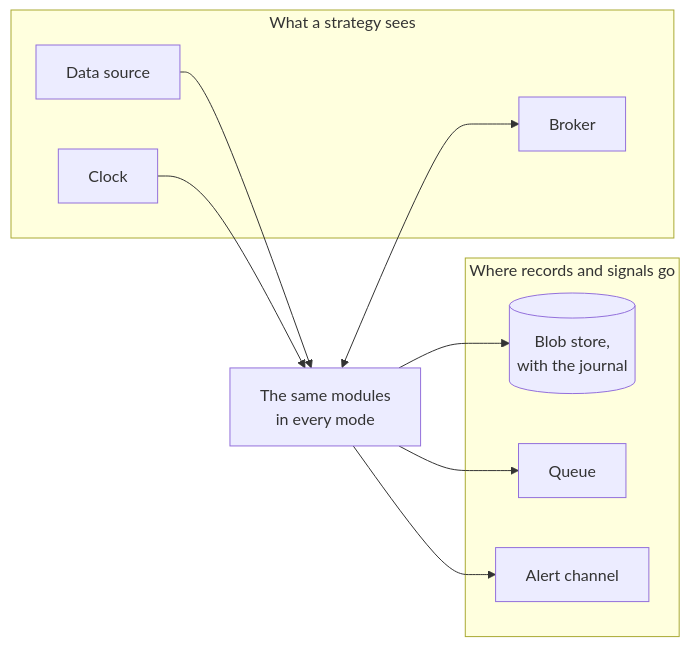
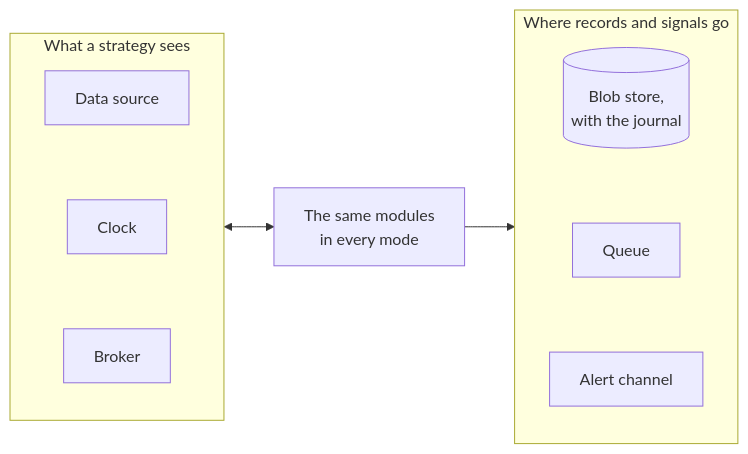
One commit to l3a0/ithildin-runtime changed the tenth of 25 diagrams in docs/architecture.md. Above: the diagram before and after it, drawn with Mermaid.

Commit message:
docs: keep the adapters diagram in the order of its lists

````diff
--- a/docs/architecture.md
+++ b/docs/architecture.md
@@ -585,20 +585,14 @@
 ```mermaid
 flowchart LR
     subgraph sees["What a strategy sees"]
-        data["Data source"]
-        clock["Clock"]
-        broker["Broker"]
+        direction TB
+        data["Data source"] ~~~ clock["Clock"] ~~~ broker["Broker"]
     end
     modules["The same modules<br/>in every mode"]
     subgraph goes["Where records and signals go"]
-        blob[("Blob store,<br/>with the journal")]
-        queue["Queue"]
-        alert["Alert channel"]
+        direction TB
+        blob[("Blob store,<br/>with the journal")] ~~~ queue["Queue"] ~~~ alert["Alert channel"]
     end
-    data --> modules
-    clock --> modules
-    modules <--> broker
-    modules --> blob
-    modules --> queue
-    modules --> alert
+    sees <--> modules
+    modules --> goes
 ```
````
